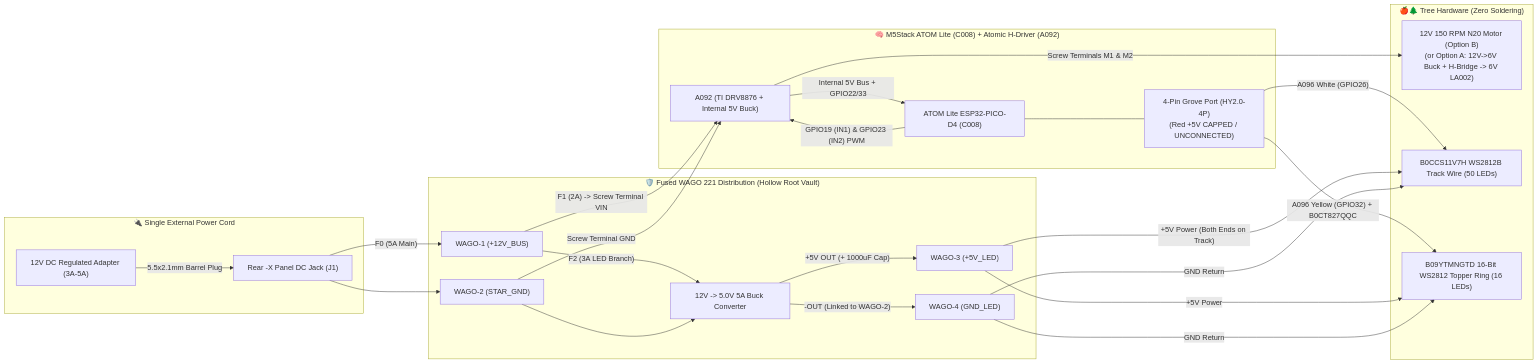
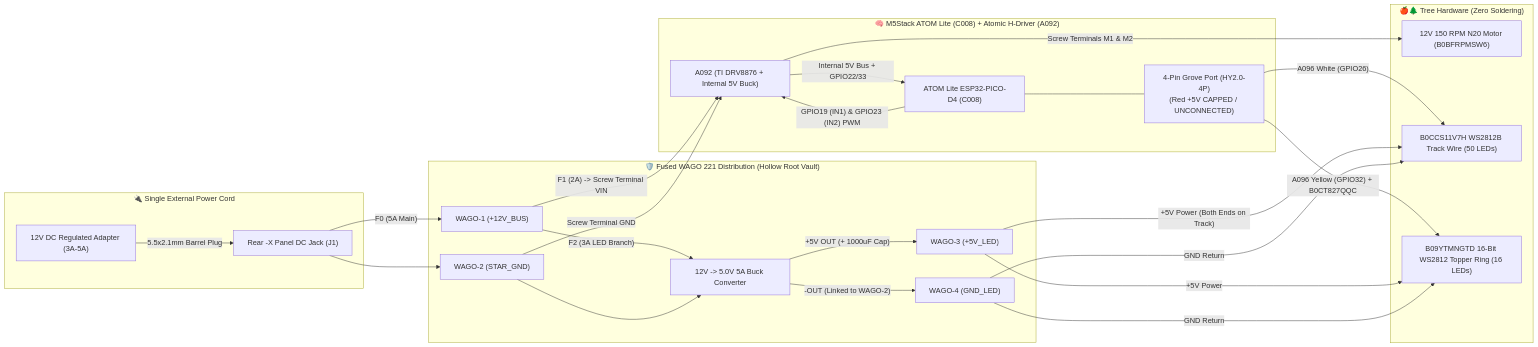
One commit to ignacio82/grav-mass changed the second of 2 diagrams in README.md. Above: the diagram before and after it, drawn with Mermaid. The commit also changed other lines of this file and 6 other files, not shown here.

````diff
--- a/README.md
+++ b/README.md
@@ -364,34 +367,34 @@
 ```mermaid
 flowchart LR
     subgraph EXT["🔌 Single External Power Cord"]
         PSU["12V DC Regulated Adapter (3A-5A)"] -->|"5.5x2.1mm Barrel Plug"| J1["Rear -X Panel DC Jack (J1)"]
     end
 
     subgraph DIST["🛡️ Fused WAGO 221 Distribution (Hollow Root Vault)"]
         J1 -->|"F0 (5A Main)"| W1["WAGO-1 (+12V_BUS)"]
         J1 --> W2["WAGO-2 (STAR_GND)"]
         W1 -->|"F2 (3A LED Branch)"| BUCK5["12V -> 5.0V 5A Buck Converter"]
         W2 --> BUCK5
         BUCK5 -->|"+5V OUT (+ 1000uF Cap)"| W3["WAGO-3 (+5V_LED)"]
         BUCK5 -->|"-OUT (Linked to WAGO-2)"| W4["WAGO-4 (GND_LED)"]
     end
 
     subgraph ESP["🧠 M5Stack ATOM Lite (C008) + Atomic H-Driver (A092)"]
         W1 -->|"F1 (2A) -> Screw Terminal VIN"| DRV["A092 (TI DRV8876 + Internal 5V Buck)"]
         W2 -->|"Screw Terminal GND"| DRV
         DRV -->|"Internal 5V Bus + GPIO22/33"| ATOM["ATOM Lite ESP32-PICO-D4 (C008)"]
         ATOM -->|"GPIO19 (IN1) & GPIO23 (IN2) PWM"| DRV
         GROVE["4-Pin Grove Port (HY2.0-4P)<br/>(Red +5V CAPPED / UNCONNECTED)"]
         ATOM --- GROVE
     end
 
     subgraph TREE["🍎🌲 Tree Hardware (Zero Soldering)"]
-        DRV -->|"Screw Terminals M1 & M2"| MOTOR["12V 150 RPM N20 Motor (Option B)<br/>(or Option A: 12V->6V Buck + H-Bridge -> 6V LA002)"]
+        DRV -->|"Screw Terminals M1 & M2"| MOTOR["12V 150 RPM N20 Motor (B0BFRPMSW6)"]
         GROVE -->|"A096 White (GPIO26)"| STRIP["B0CCS11V7H WS2812B Track Wire (50 LEDs)"]
         GROVE -->|"A096 Yellow (GPIO32) + B0CT827QQC"| TRING["B09YTMNGTD 16-Bit WS2812 Topper Ring (16 LEDs)"]
         W3 -->|"+5V Power (Both Ends on Track)"| STRIP
         W3 -->|"+5V Power"| TRING
         W4 -->|"GND Return"| STRIP
         W4 -->|"GND Return"| TRING
     end
 ```
````
